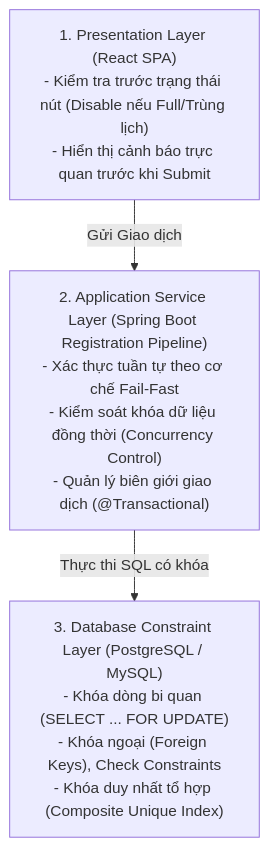
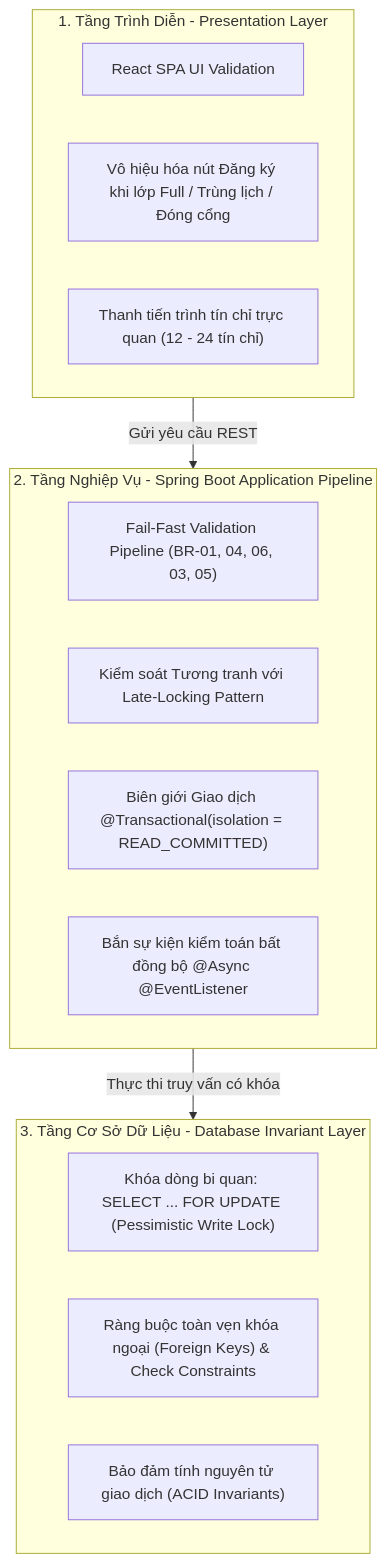
One commit to PrimeAlex-Dev/UniEnroll changed the diagram in README_BUSINESS_RULES.md. Above: the diagram before and after it, drawn with Mermaid. The commit also changed other lines of this file and 3 other files, not shown here.

````diff
--- a/README_BUSINESS_RULES.md
+++ b/README_BUSINESS_RULES.md
@@ -13,11 +13,24 @@
 ```mermaid
 flowchart TD
-    Client["1. Presentation Layer (React SPA)<br/>- Kiểm tra trước trạng thái nút (Disable nếu Full/Trùng lịch)<br/>- Hiển thị cảnh báo trực quan trước khi Submit"]
-    
-    Service["2. Application Service Layer (Spring Boot Registration Pipeline)<br/>- Xác thực tuần tự theo cơ chế Fail-Fast<br/>- Kiểm soát khóa dữ liệu đồng thời (Concurrency Control)<br/>- Quản lý biên giới giao dịch (@Transactional)"]
-    
-    DB["3. Database Constraint Layer (PostgreSQL / MySQL)<br/>- Khóa dòng bi quan (SELECT ... FOR UPDATE)<br/>- Khóa ngoại (Foreign Keys), Check Constraints<br/>- Khóa duy nhất tổ hợp (Composite Unique Index)"]
+    subgraph Layer1 [1. Tầng Trình Diễn - Presentation Layer]
+        UI1["React SPA UI Validation"]
+        UI2["Vô hiệu hóa nút Đăng ký khi lớp Full / Trùng lịch / Đóng cổng"]
+        UI3["Thanh tiến trình tín chỉ trực quan (12 - 24 tín chỉ)"]
+    end
 
-    Client -->|Gửi Giao dịch| Service
-    Service -->|Thực thi SQL có khóa| DB
+    subgraph Layer2 [2. Tầng Nghiệp Vụ - Spring Boot Application Pipeline]
+        P1["Fail-Fast Validation Pipeline (BR-01, 04, 06, 03, 05)"]
+        P2["Kiểm soát Tương tranh với Late-Locking Pattern"]
+        P3["Biên giới Giao dịch @Transactional(isolation = READ_COMMITTED)"]
+        P4["Bắn sự kiện kiểm toán bất đồng bộ @Async @EventListener"]
+    end
+
+    subgraph Layer3 [3. Tầng Cơ Sở Dữ Liệu - Database Invariant Layer]
+        DB1["Khóa dòng bi quan: SELECT ... FOR UPDATE (Pessimistic Write Lock)"]
+        DB2["Ràng buộc toàn vẹn khóa ngoại (Foreign Keys) & Check Constraints"]
+        DB3["Bảo đảm tính nguyên tử giao dịch (ACID Invariants)"]
+    end
+
+    Layer1 -->|Gửi yêu cầu REST| Layer2
+    Layer2 -->|Thực thi truy vấn có khóa| Layer3
 ```
````
